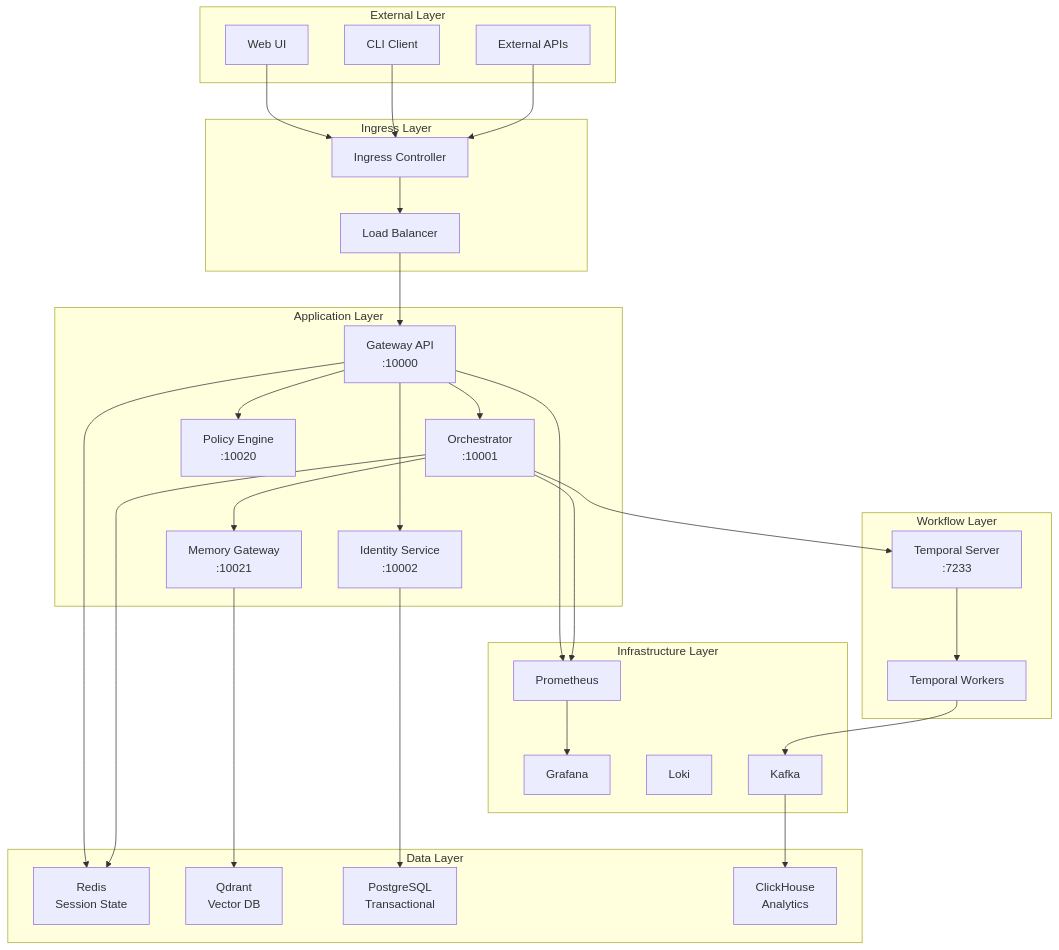
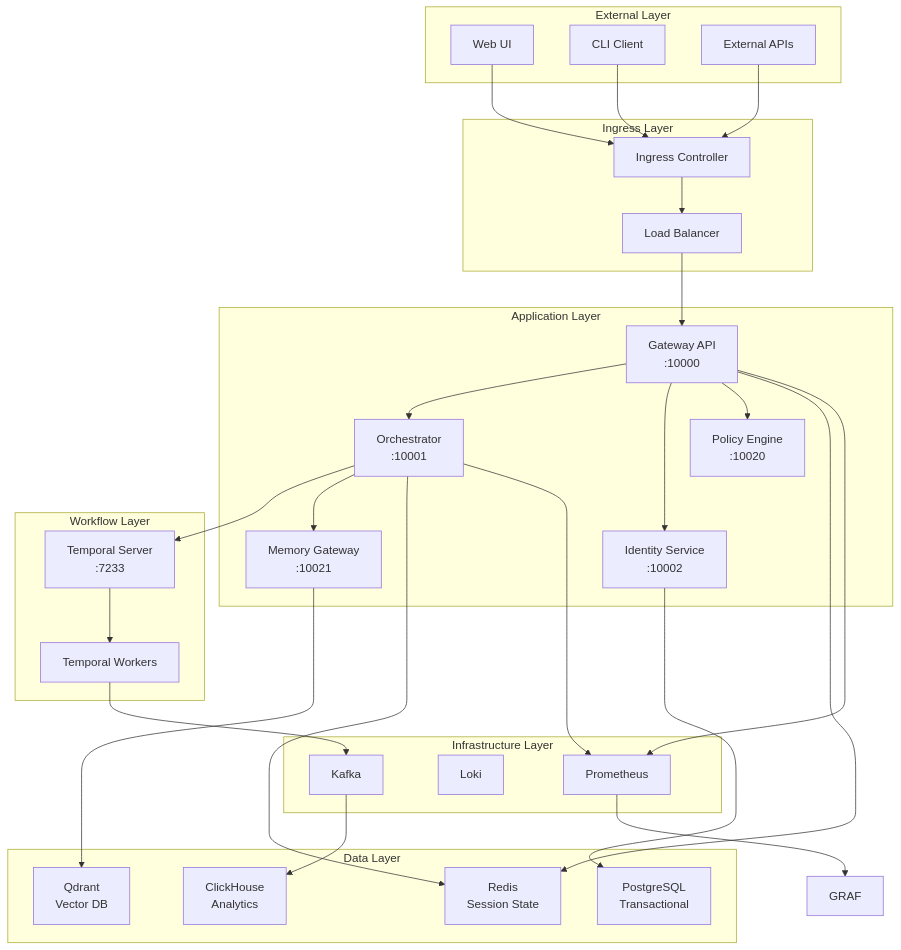
Before and after one commit to somatechlat/SomaAgentHub: the first of 2 diagrams in docs/technical-manual/architecture.md, drawn with Mermaid. The commit also changed 15 other files, not shown here.

````diff
--- a/docs/technical-manual/architecture.md
+++ b/docs/technical-manual/architecture.md
@@ -11,65 +11,65 @@
 ```mermaid
 graph TB
     subgraph "External Layer"
         UI[Web UI]
         CLI[CLI Client]
         API[External APIs]
     end
     
     subgraph "Ingress Layer"
         ING[Ingress Controller]
         LB[Load Balancer]
     end
     
     subgraph "Application Layer"
         GW[Gateway API<br/>:10000]
         ORCH[Orchestrator<br/>:10001]
         ID[Identity Service<br/>:10002]
         MEM[Memory Gateway<br/>:10021]
         POL[Policy Engine<br/>:10020]
     end
     
     subgraph "Workflow Layer"
         TEMP[Temporal Server<br/>:7233]
         WORK[Temporal Workers]
     end
     
     subgraph "Data Layer"
         REDIS[Redis<br/>Session State]
         QDRANT[Qdrant<br/>Vector DB]
         POSTGRES[PostgreSQL<br/>Transactional]
         CLICKHOUSE[ClickHouse<br/>Analytics]
     end
     
     subgraph "Infrastructure Layer"
         PROM[Prometheus]
-        GRAF[Grafana]
+        PROM[Prometheus]
         LOKI[Loki]
         KAFKA[Kafka]
     end
     
     UI --> ING
     CLI --> ING
     API --> ING
     ING --> LB
     LB --> GW
     
     GW --> ORCH
     GW --> ID
     GW --> POL
     ORCH --> TEMP
     ORCH --> MEM
     TEMP --> WORK
     
     GW --> REDIS
     MEM --> QDRANT
     ID --> POSTGRES
     ORCH --> REDIS
     
     WORK --> KAFKA
     KAFKA --> CLICKHOUSE
     
     GW --> PROM
     ORCH --> PROM
     PROM --> GRAF
 ```
````
